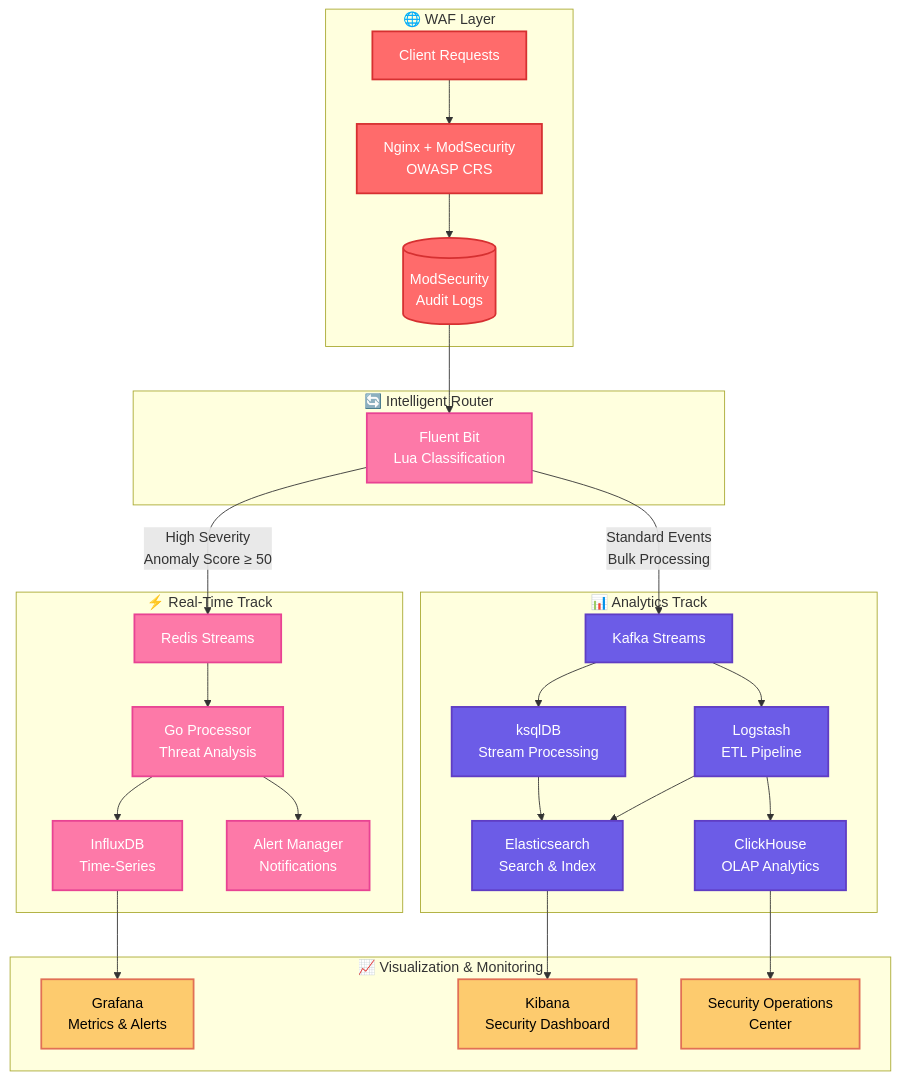
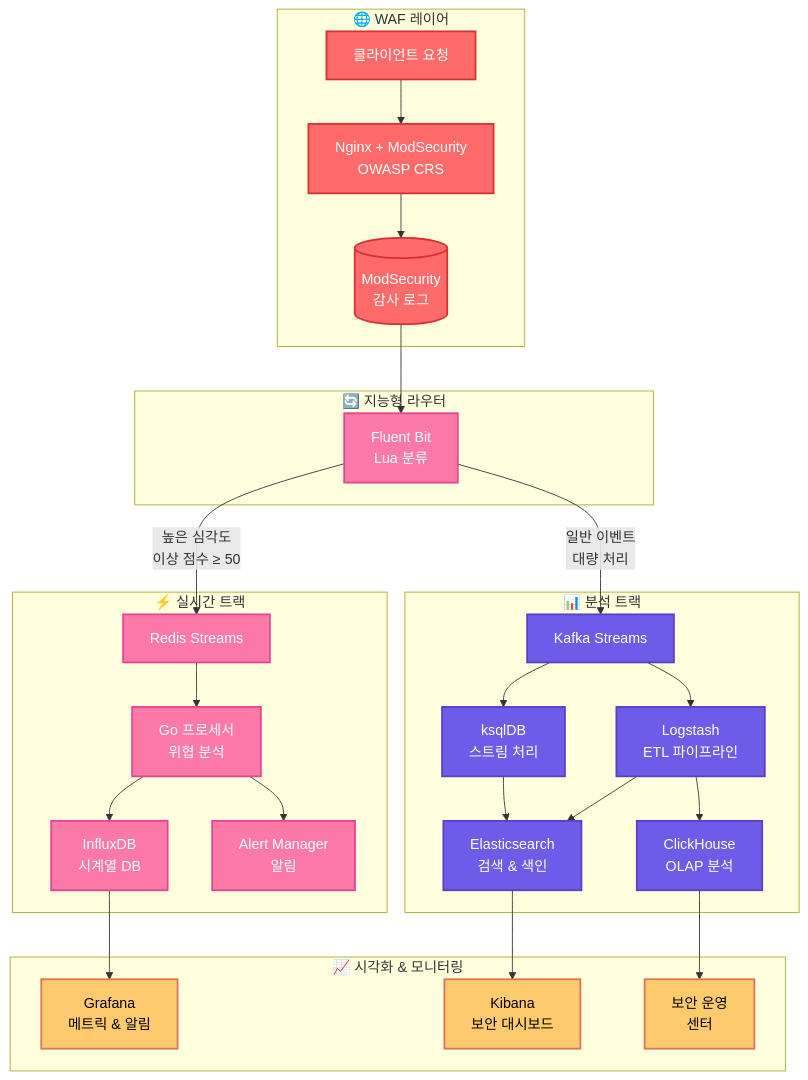
Before and after one commit to rojae/waf: the diagram in README.md, drawn with Mermaid. The commit also changed other lines of this file and 1 other file, not shown here.

````diff
--- a/README.md
+++ b/README.md
@@ -29,60 +31,60 @@
 ```mermaid
 flowchart TB
     classDef waf fill:#ff6b6b,stroke:#d63031,color:#fff,stroke-width:2
     classDef realtime fill:#fd79a8,stroke:#e84393,color:#fff,stroke-width:2
     classDef analytics fill:#6c5ce7,stroke:#5f3dc4,color:#fff,stroke-width:2
     classDef storage fill:#00b894,stroke:#00a085,color:#fff,stroke-width:2
     classDef monitoring fill:#fdcb6e,stroke:#e17055,color:#000,stroke-width:2
 
-    subgraph "🌐 WAF Layer"
-        Client[Client Requests]:::waf
+    subgraph "🌐 WAF 레이어"
+        Client[클라이언트 요청]:::waf
         WAF[Nginx + ModSecurity<br/>OWASP CRS]:::waf
-        Logs[(ModSecurity<br/>Audit Logs)]:::waf
+        Logs[(ModSecurity<br/>감사 로그)]:::waf
     end
 
-    subgraph "🔄 Intelligent Router"
-        FluentBit[Fluent Bit<br/>Lua Classification]:::realtime
+    subgraph "🔄 지능형 라우터"
+        FluentBit[Fluent Bit<br/>Lua 분류]:::realtime
     end
 
-    subgraph "⚡ Real-Time Track"
+    subgraph "⚡ 실시간 트랙"
         RedisStreams[Redis Streams]:::realtime
-        RealtimeProcessor[Go Processor<br/>Threat Analysis]:::realtime
-        InfluxDB[InfluxDB<br/>Time-Series]:::realtime
-        Alerts[Alert Manager<br/>Notifications]:::realtime
+        RealtimeProcessor[Go 프로세서<br/>위협 분석]:::realtime
+        InfluxDB[InfluxDB<br/>시계열 DB]:::realtime
+        Alerts[Alert Manager<br/>알림]:::realtime
     end
 
-    subgraph "📊 Analytics Track"
+    subgraph "📊 분석 트랙"
         Kafka[Kafka Streams]:::analytics
-        KsqlDB[ksqlDB<br/>Stream Processing]:::analytics
-        Logstash[Logstash<br/>ETL Pipeline]:::analytics
-        Elasticsearch[Elasticsearch<br/>Search & Index]:::analytics
-        ClickHouse[ClickHouse<br/>OLAP Analytics]:::analytics
+        KsqlDB[ksqlDB<br/>스트림 처리]:::analytics
+        Logstash[Logstash<br/>ETL 파이프라인]:::analytics
+        Elasticsearch[Elasticsearch<br/>검색 & 색인]:::analytics
+        ClickHouse[ClickHouse<br/>OLAP 분석]:::analytics
     end
 
-    subgraph "📈 Visualization & Monitoring"
-        Kibana[Kibana<br/>Security Dashboard]:::monitoring
-        Grafana[Grafana<br/>Metrics & Alerts]:::monitoring
-        Dashboard[Security Operations<br/>Center]:::monitoring
+    subgraph "📈 시각화 & 모니터링"
+        Kibana[Kibana<br/>보안 대시보드]:::monitoring
+        Grafana[Grafana<br/>메트릭 & 알림]:::monitoring
+        Dashboard[보안 운영<br/>센터]:::monitoring
     end
 
     Client --> WAF
     WAF --> Logs
     Logs --> FluentBit
 
-    FluentBit -->|High Severity<br/>Anomaly Score ≥ 50| RedisStreams
-    FluentBit -->|Standard Events<br/>Bulk Processing| Kafka
+    FluentBit -->|높은 심각도<br/>이상 점수 ≥ 50| RedisStreams
+    FluentBit -->|일반 이벤트<br/>대량 처리| Kafka
 
     RedisStreams --> RealtimeProcessor
     RealtimeProcessor --> InfluxDB
     RealtimeProcessor --> Alerts
 
     Kafka --> KsqlDB
     Kafka --> Logstash
     KsqlDB --> Elasticsearch
     Logstash --> Elasticsearch
     Logstash --> ClickHouse
 
     InfluxDB --> Grafana
     Elasticsearch --> Kibana
     ClickHouse --> Dashboard
 ```
````
